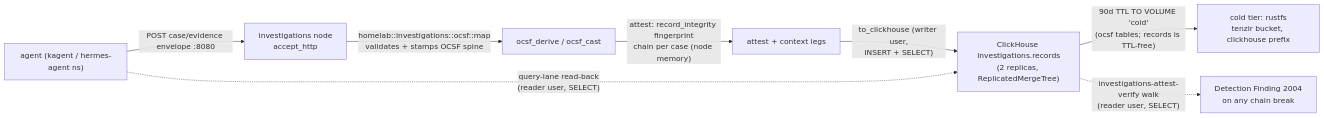
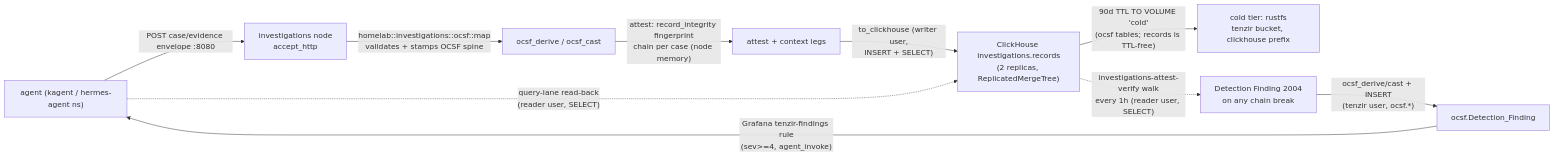
Before and after one commit to Apocrathia/homelab: the first of 2 diagrams in flux/manifests/04-apps/security/tenzir/clickhouse/README.md, drawn with Mermaid. The commit also changed other lines of this file and 15 other files, not shown here.

````diff
--- a/flux/manifests/04-apps/security/tenzir/clickhouse/README.md
+++ b/flux/manifests/04-apps/security/tenzir/clickhouse/README.md
@@ -180,10 +203,12 @@
 ```mermaid
 flowchart LR
     AG["agent (kagent / hermes-agent ns)"] -->|"POST case/evidence envelope :8080"| AH["investigations node<br/>accept_http"]
     AH -->|"homelab::investigations::ocsf::map<br/>validates + stamps OCSF spine"| MAP["ocsf_derive / ocsf_cast"]
     MAP -->|"attest: record_integrity fingerprint<br/>chain per case (node memory)"| AT["attest + context legs"]
     AT -->|"to_clickhouse (writer user,<br/>INSERT + SELECT)"| CH["ClickHouse investigations.records<br/>(2 replicas, ReplicatedMergeTree)"]
     CH -->|"90d TTL TO VOLUME 'cold'<br/>(ocsf tables; records is TTL-free)"| COLD["cold tier: rustfs<br/>tenzir bucket, clickhouse prefix"]
     AG -.->|"query-lane read-back<br/>(reader user, SELECT)"| CH
-    CH -.->|"investigations-attest-verify walk<br/>(reader user, SELECT)"| VFY["Detection Finding 2004<br/>on any chain break"]
+    CH -.->|"investigations-attest-verify walk<br/>every 1h (reader user, SELECT)"| VFY["Detection Finding 2004<br/>on any chain break"]
+    VFY -->|"ocsf_derive/cast + INSERT<br/>(tenzir user, ocsf.*)"| DF["ocsf.Detection_Finding"]
+    DF -->|"Grafana tenzir-findings rule<br/>(sev>=4, agent_invoke)"| AG
 ```
````
